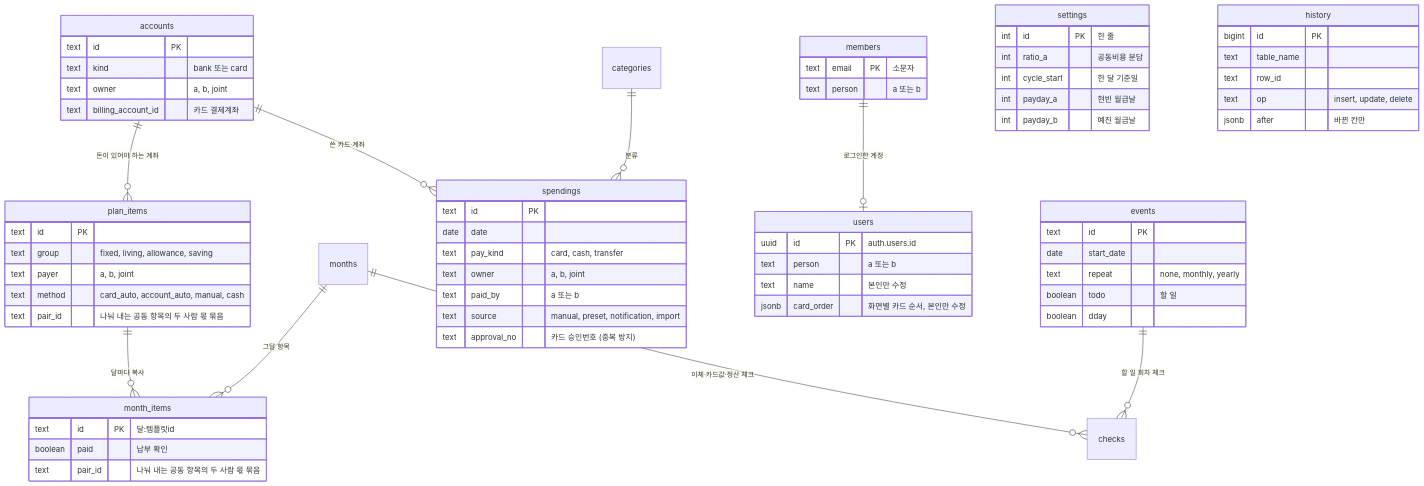
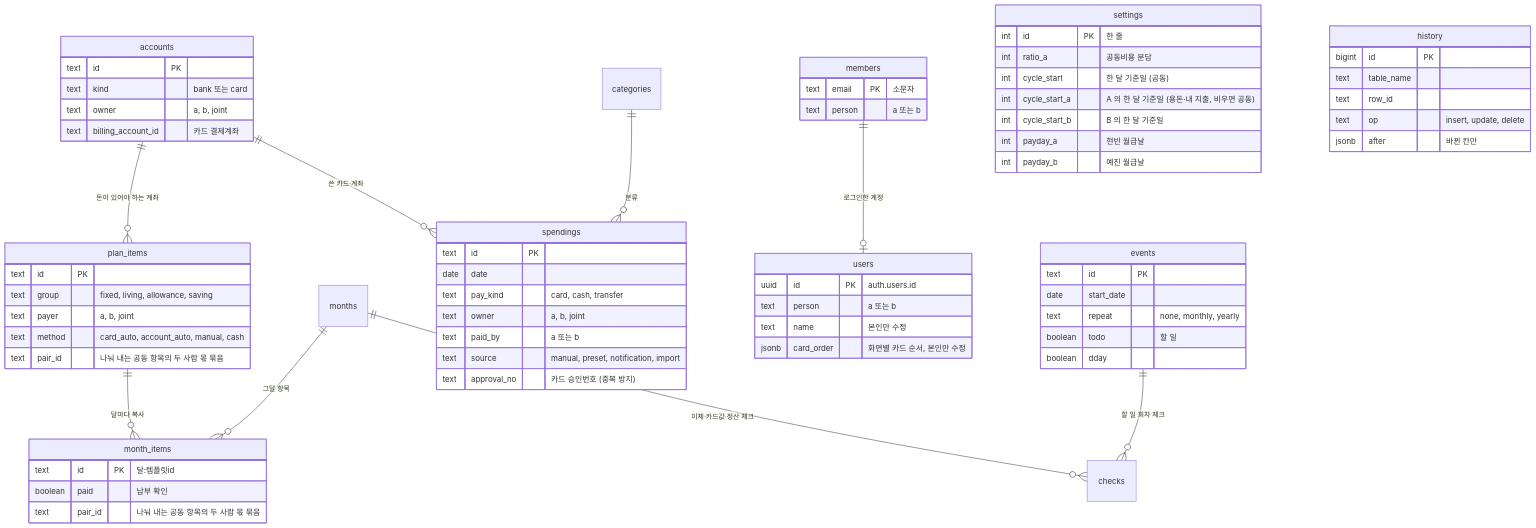
One commit to jojaden/our-money changed the second of 2 diagrams in docs/ARCHITECTURE.md. Above: the diagram before and after it, drawn with Mermaid. The commit also changed other lines of this file and 13 other files, not shown here.

````diff
--- a/docs/ARCHITECTURE.md
+++ b/docs/ARCHITECTURE.md
@@ -120,69 +121,71 @@
 ```mermaid
 erDiagram
   plan_items ||--o{ month_items : "달마다 복사"
   months ||--o{ month_items : "그달 항목"
   months ||--o{ checks : "이체·카드값·정산 체크"
   accounts ||--o{ plan_items : "돈이 있어야 하는 계좌"
   accounts ||--o{ spendings : "쓴 카드·계좌"
   categories ||--o{ spendings : "분류"
   members ||--o| users : "로그인한 계정"
   events ||--o{ checks : "할 일 회차 체크"
   members {
     text email PK "소문자"
     text person "a 또는 b"
   }
   users {
     uuid id PK "auth.users.id"
     text person "a 또는 b"
     text name "본인만 수정"
     jsonb card_order "화면별 카드 순서, 본인만 수정"
   }
   settings {
     int id PK "한 줄"
     int ratio_a "공동비용 분담"
-    int cycle_start "한 달 기준일"
+    int cycle_start "한 달 기준일 (공동)"
+    int cycle_start_a "A 의 한 달 기준일 (용돈·내 지출, 비우면 공동)"
+    int cycle_start_b "B 의 한 달 기준일"
     int payday_a "현빈 월급날"
     int payday_b "예진 월급날"
   }
   accounts {
     text id PK
     text kind "bank 또는 card"
     text owner "a, b, joint"
     text billing_account_id "카드 결제계좌"
   }
   plan_items {
     text id PK
     text group "fixed, living, allowance, saving"
     text payer "a, b, joint"
     text method "card_auto, account_auto, manual, cash"
     text pair_id "나눠 내는 공동 항목의 두 사람 몫 묶음"
   }
   month_items {
     text id PK "달:템플릿id"
     boolean paid "납부 확인"
     text pair_id "나눠 내는 공동 항목의 두 사람 몫 묶음"
   }
   spendings {
     text id PK
     date date
     text pay_kind "card, cash, transfer"
     text owner "a, b, joint"
     text paid_by "a 또는 b"
     text source "manual, preset, notification, import"
     text approval_no "카드 승인번호 (중복 방지)"
   }
   events {
     text id PK
     date start_date
     text repeat "none, monthly, yearly"
     boolean todo "할 일"
     boolean dday
   }
   history {
     bigint id PK
     text table_name
     text row_id
     text op "insert, update, delete"
     jsonb after "바뀐 칸만"
   }
 ```
````
